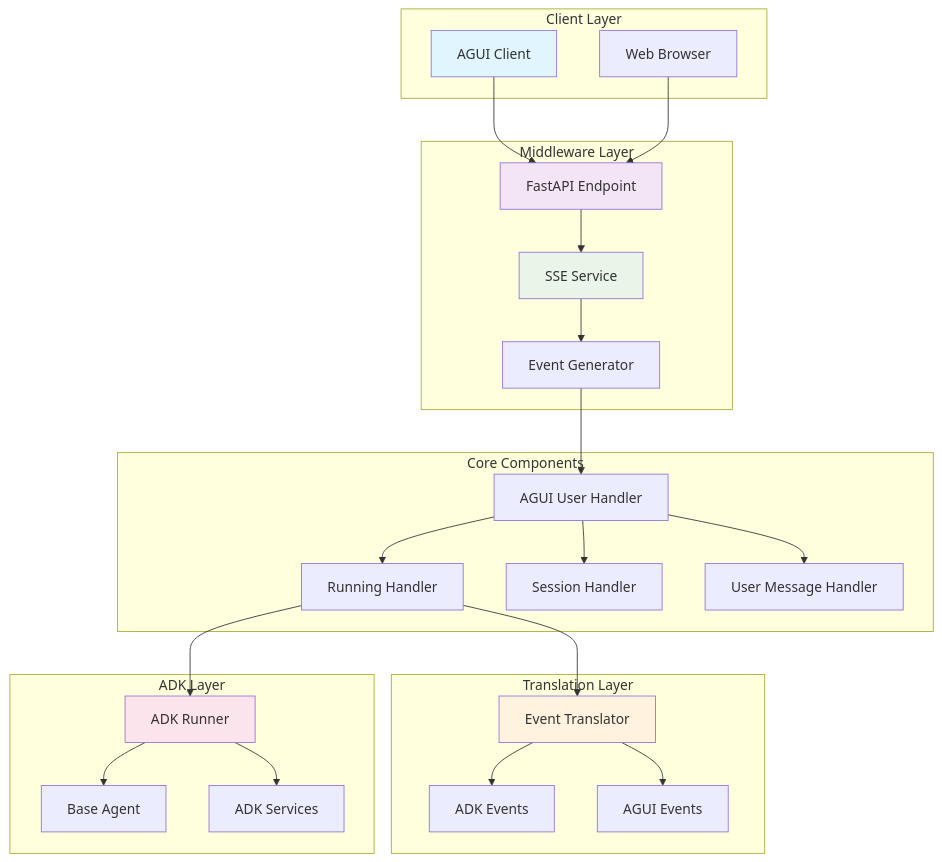
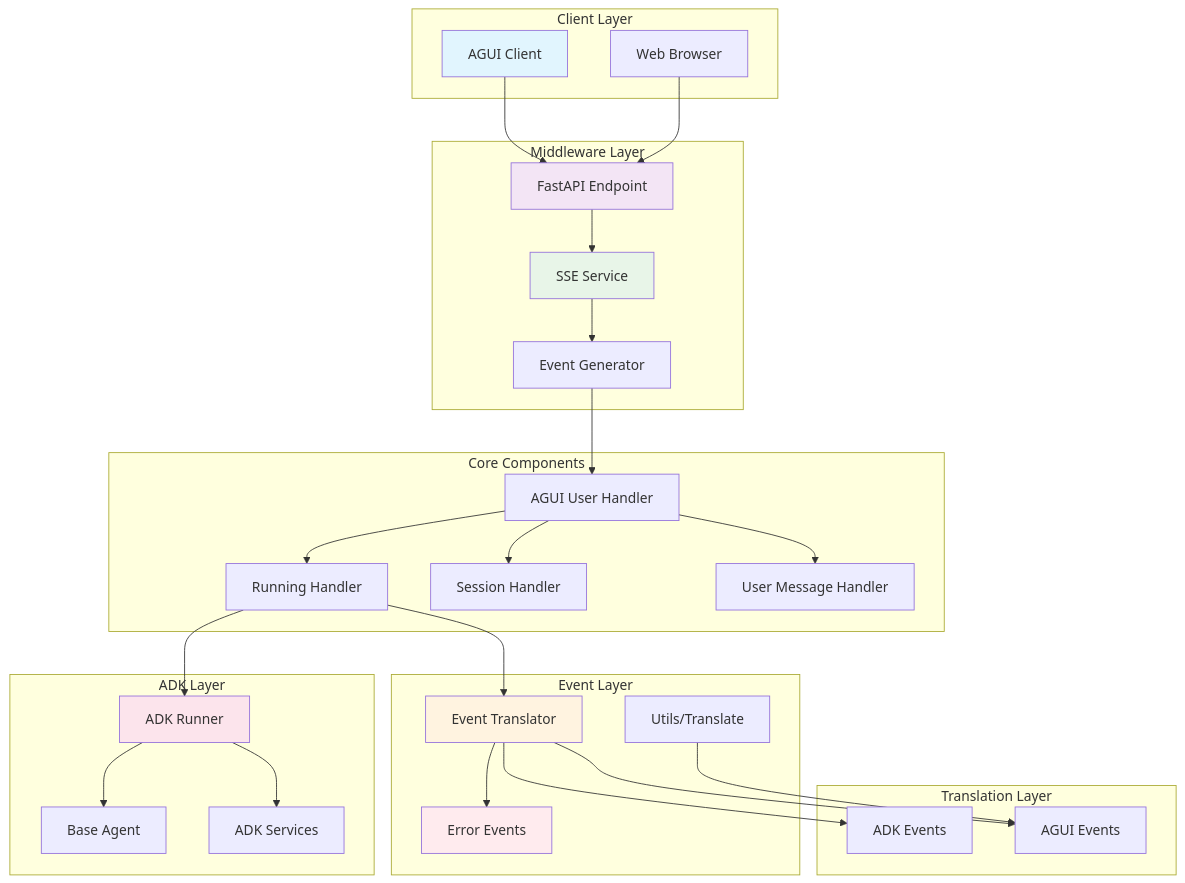
The first of 3 diagrams in README.md (trendmicro/adk-agui-middleware), drawn with Mermaid before and after one commit. The commit also changed other lines of this file and 7 other files, not shown here.

````diff
--- a/README.md
+++ b/README.md
@@ -65,56 +68,64 @@
 ```mermaid
 graph TB
     subgraph "Client Layer"
         Client[AGUI Client]
         Browser[Web Browser]
     end
     
     subgraph "Middleware Layer"
         Endpoint[FastAPI Endpoint]
         SSEService[SSE Service]
         EventGen[Event Generator]
     end
     
     subgraph "Core Components"
         AGUIHandler[AGUI User Handler]
         RunningHandler[Running Handler]
         SessionHandler[Session Handler]
         UserMsgHandler[User Message Handler]
     end
     
+    subgraph "Event Layer"
+        EventTranslator[Event Translator]
+        ErrorEvent[Error Events]
+        Utils[Utils/Translate]
+    end
+    
     subgraph "Translation Layer"
-        EventTranslator[Event Translator]
         ADKEvents[ADK Events]
         AGUIEvents[AGUI Events]
     end
     
     subgraph "ADK Layer"
         Runner[ADK Runner]
         Agent[Base Agent]
         Services[ADK Services]
     end
     
     Client --> Endpoint
     Browser --> Endpoint
     Endpoint --> SSEService
     SSEService --> EventGen
     EventGen --> AGUIHandler
     
     AGUIHandler --> RunningHandler
     AGUIHandler --> SessionHandler
     AGUIHandler --> UserMsgHandler
     
     RunningHandler --> EventTranslator
     RunningHandler --> Runner
     EventTranslator --> ADKEvents
     EventTranslator --> AGUIEvents
+    EventTranslator --> ErrorEvent
+    Utils --> AGUIEvents
     
     Runner --> Agent
     Runner --> Services
     
     style Client fill:#e1f5fe
     style Endpoint fill:#f3e5f5
     style SSEService fill:#e8f5e8
     style EventTranslator fill:#fff3e0
+    style ErrorEvent fill:#ffebee
     style Runner fill:#fce4ec
 ```
````
